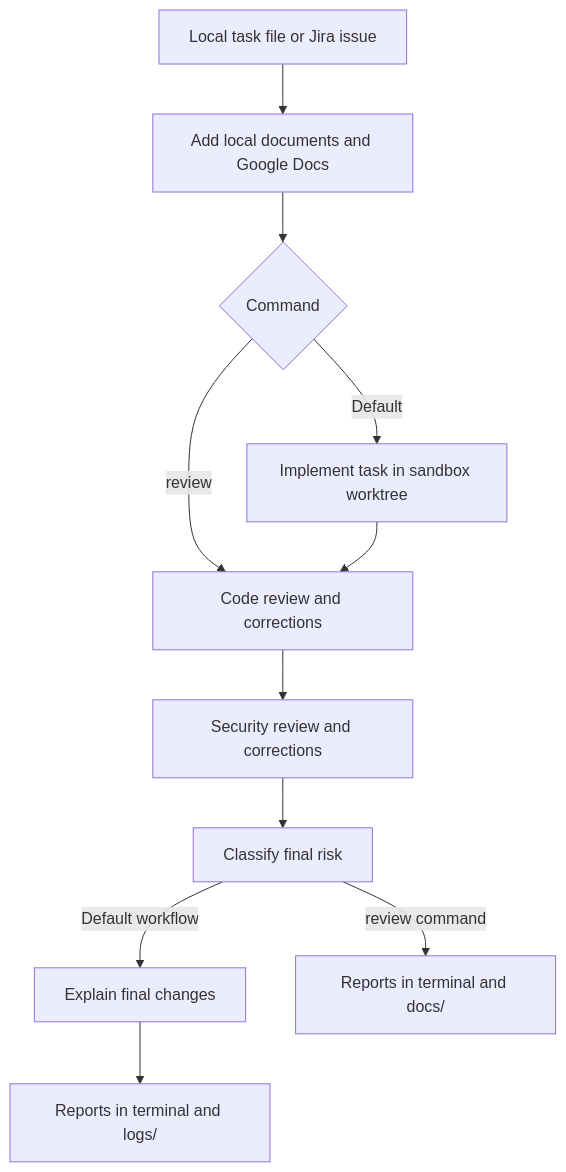
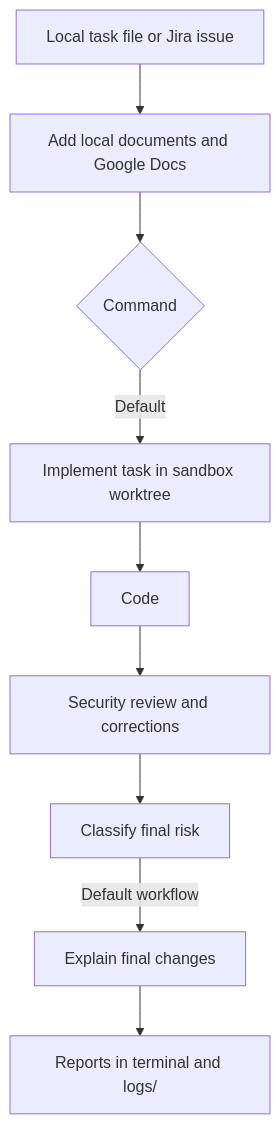
The diagram in soft-factory/README.md (ernesto27/ai-tools), drawn with Mermaid before and after one commit. The commit also changed other lines of this file and 12 other files, not shown here.

````diff
--- a/soft-factory/README.md
+++ b/soft-factory/README.md
@@ -333,13 +332,11 @@
 ```mermaid
 flowchart TD
     Task[Local task file or Jira issue] --> Context[Add local documents and Google Docs]
     Context --> Mode{Command}
     Mode -->|Default| Implement[Implement task in sandbox worktree]
-    Mode -->|review| Code[Code review and corrections]
     Implement --> Code
     Code --> Security[Security review and corrections]
     Security --> Risk[Classify final risk]
     Risk -->|Default workflow| Changes[Explain final changes]
-    Risk -->|review command| ReviewReports[Reports in terminal and docs/]
     Changes --> DefaultReports[Reports in terminal and logs/]
 ```
````
